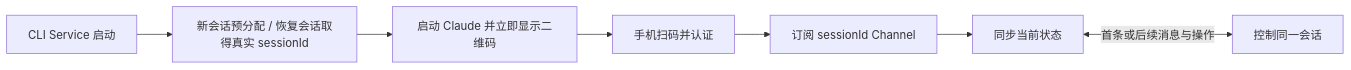
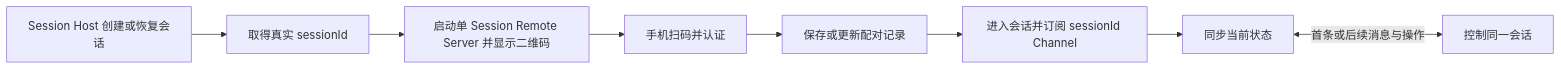
Before and after one commit to tea4go/claude-mobile-remote: the first of 4 diagrams in REQUIREMENTS.md, drawn with Mermaid. The commit also changed other lines of this file and 6 other files, not shown here.

Commit message:
docs: simplify session remote roadmap

````diff
--- a/REQUIREMENTS.md
+++ b/REQUIREMENTS.md
@@ -24,9 +25,10 @@
 ```mermaid
 flowchart LR
-    A["CLI Service 启动"] --> B["新会话预分配 / 恢复会话取得真实 sessionId"]
-    B --> C["启动 Claude 并立即显示二维码"]
+    A["Session Host 创建或恢复会话"] --> B["取得真实 sessionId"]
+    B --> C["启动单 Session Remote Server 并显示二维码"]
     C --> D["手机扫码并认证"]
-    D --> E["订阅 sessionId Channel"]
-    E --> F["同步当前状态"]
-    F <-->|"首条或后续消息与操作"| G["控制同一会话"]
+    D --> E["保存或更新配对记录"]
+    E --> F["进入会话并订阅 sessionId Channel"]
+    F --> G["同步当前状态"]
+    G <-->|"首条或后续消息与操作"| H["控制同一会话"]
 ```
````
